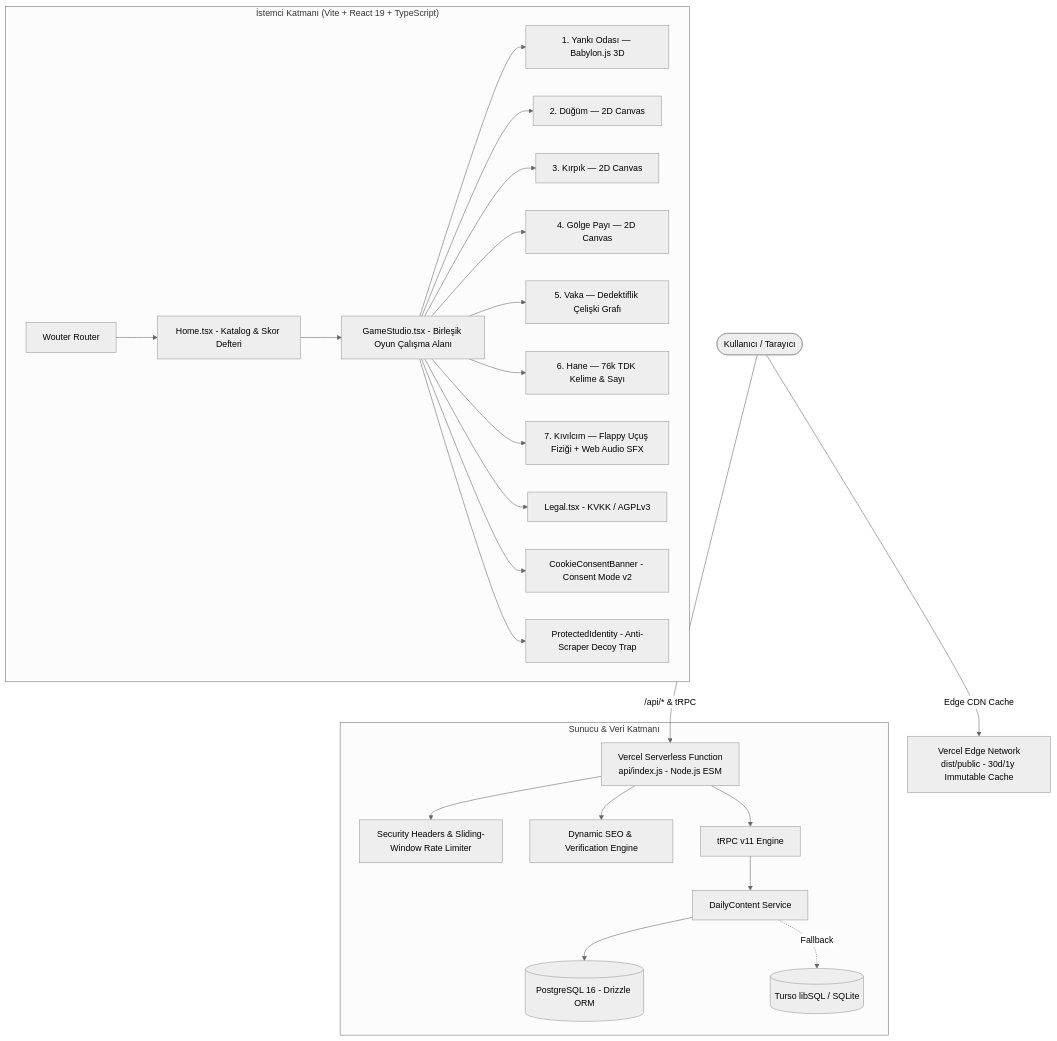
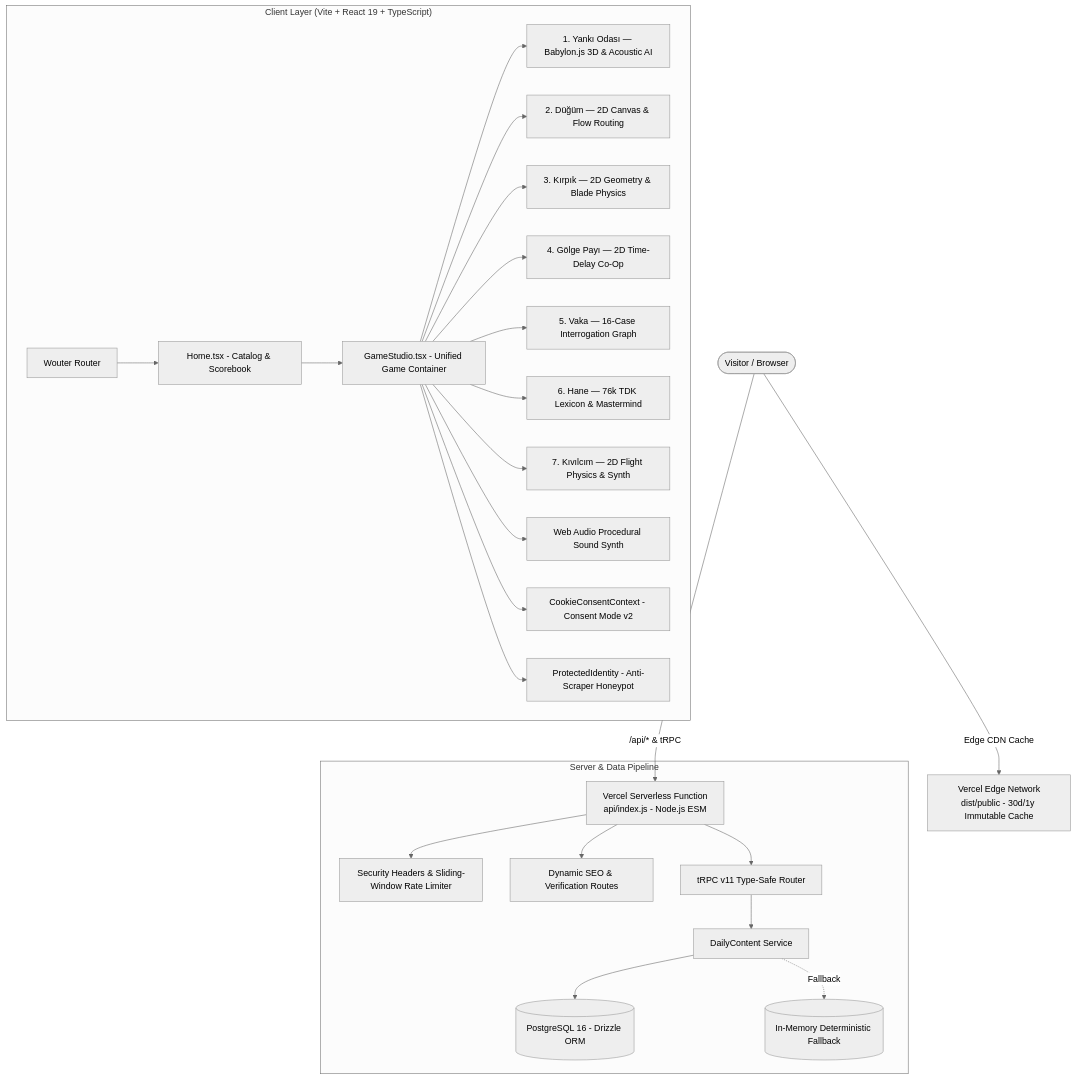
Before and after one commit to dixtuel/sely-minigame-hub: the diagram in README.md, drawn with Mermaid (neutral theme). The commit also changed other lines of this file, not shown here.

Commit message:
docs: overhaul README with comprehensive showcase, 7-game roster, solver proofs, and architecture

````diff
--- a/README.md
+++ b/README.md
@@ -40,32 +122,32 @@
 ```mermaid
 graph TD
-    Client([Kullanıcı / Tarayıcı]) -->|Edge CDN Cache| VercelCDN[Vercel Edge Network<br/>dist/public - 30d/1y Immutable Cache]
+    Client([Visitor / Browser]) -->|Edge CDN Cache| VercelCDN[Vercel Edge Network<br/>dist/public - 30d/1y Immutable Cache]
     Client -->|/api/* & tRPC| VercelFn[Vercel Serverless Function<br/>api/index.js - Node.js ESM]
 
-    subgraph "İstemci Katmanı (Vite + React 19 + TypeScript)"
-        Router[Wouter Router] --> Home[Home.tsx - Katalog & Skor Defteri]
-        Home --> GameStudio[GameStudio.tsx - Birleşik Oyun Çalışma Alanı]
+    subgraph "Client Layer (Vite + React 19 + TypeScript)"
+        Router[Wouter Router] --> Home[Home.tsx - Catalog & Scorebook]
+        Home --> GameStudio[GameStudio.tsx - Unified Game Container]
         
-        GameStudio --> Echo[1. Yankı Odası — Babylon.js 3D]
-        GameStudio --> Knot[2. Düğüm — 2D Canvas]
-        GameStudio --> Cut[3. Kırpık — 2D Canvas]
-        GameStudio --> Shadow[4. Gölge Payı — 2D Canvas]
-        GameStudio --> Vaka[5. Vaka — Dedektiflik Çelişki Grafı]
-        GameStudio --> Hane[6. Hane — 76k TDK Kelime & Sayı]
-        GameStudio --> Spark[7. Kıvılcım — Flappy Uçuş Fiziği + Web Audio SFX]
+        GameStudio --> Echo[1. Yankı Odası — Babylon.js 3D & Acoustic AI]
+        GameStudio --> Knot[2. Düğüm — 2D Canvas & Flow Routing]
+        GameStudio --> Cut[3. Kırpık — 2D Geometry & Blade Physics]
+        GameStudio --> Shadow[4. Gölge Payı — 2D Time-Delay Co-Op]
+        GameStudio --> Vaka[5. Vaka — 16-Case Interrogation Graph]
+        GameStudio --> Hane[6. Hane — 76k TDK Lexicon & Mastermind]
+        GameStudio --> Spark[7. Kıvılcım — 2D Flight Physics & Synth]
 
-        GameStudio --> Legal[Legal.tsx - KVKK / AGPLv3]
-        GameStudio --> CookieBanner[CookieConsentBanner - Consent Mode v2]
-        GameStudio --> IdentityGuard[ProtectedIdentity - Anti-Scraper Decoy Trap]
+        GameStudio --> WebAudio[Web Audio Procedural Sound Synth]
+        GameStudio --> Consent[CookieConsentContext - Consent Mode v2]
+        GameStudio --> Honeypot[ProtectedIdentity - Anti-Scraper Honeypot]
     end
 
-    subgraph "Sunucu & Veri Katmanı"
+    subgraph "Server & Data Pipeline"
         VercelFn --> Security[Security Headers & Sliding-Window Rate Limiter]
-        VercelFn --> SEORoutes[Dynamic SEO & Verification Engine]
-        VercelFn --> tRPC[tRPC v11 Engine]
+        VercelFn --> SEORoutes[Dynamic SEO & Verification Routes]
+        VercelFn --> tRPC[tRPC v11 Type-Safe Router]
         
         tRPC --> DailyService[DailyContent Service]
         DailyService --> Postgres[(PostgreSQL 16 - Drizzle ORM)]
-        DailyService -.->|Fallback| Turso[(Turso libSQL / SQLite)]
+        DailyService -.->|Fallback| Memory[(In-Memory Deterministic Fallback)]
     end
 ```
````
